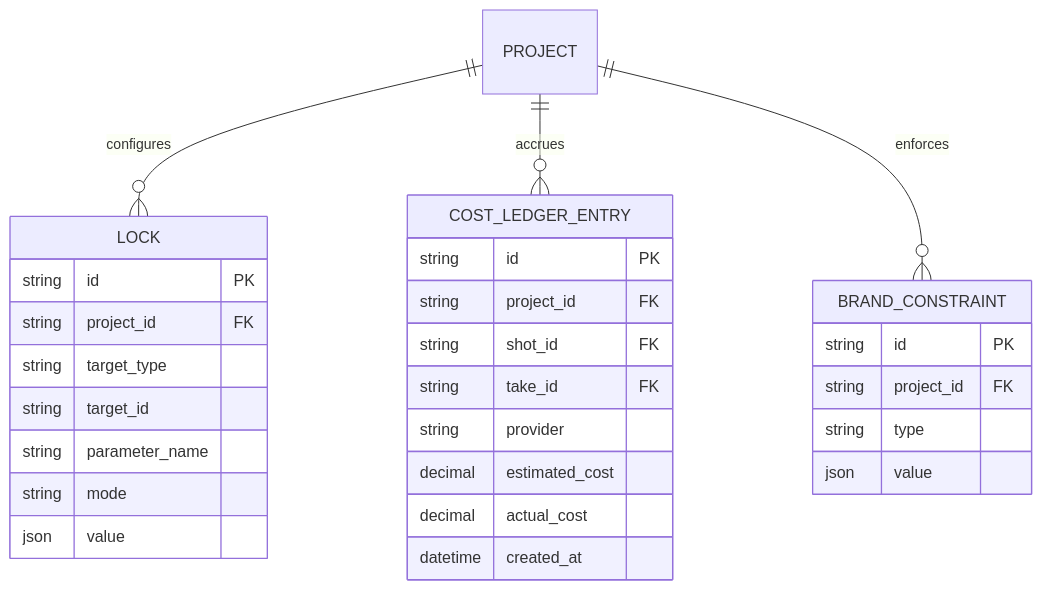
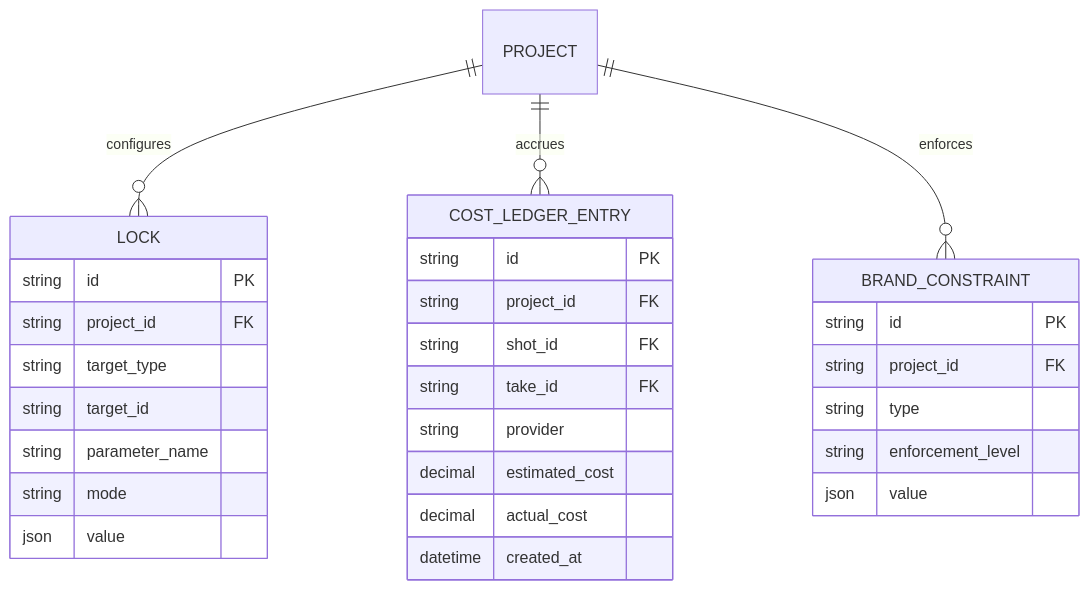
The fifth of 5 diagrams in spec/architecture/er.md (ousiassllc/mam), drawn with Mermaid before and after one commit. The commit also changed other lines of this file, not shown here.

````diff
--- a/spec/architecture/er.md
+++ b/spec/architecture/er.md
@@ -236,32 +236,33 @@
 ```mermaid
 erDiagram
     PROJECT ||--o{ LOCK : configures
     PROJECT ||--o{ COST_LEDGER_ENTRY : accrues
     PROJECT ||--o{ BRAND_CONSTRAINT : enforces
 
     LOCK {
         string id PK
         string project_id FK
         string target_type
         string target_id
         string parameter_name
         string mode
         json value
     }
     COST_LEDGER_ENTRY {
         string id PK
         string project_id FK
         string shot_id FK
         string take_id FK
         string provider
         decimal estimated_cost
         decimal actual_cost
         datetime created_at
     }
     BRAND_CONSTRAINT {
         string id PK
         string project_id FK
         string type
+        string enforcement_level
         json value
     }
 ```
````
